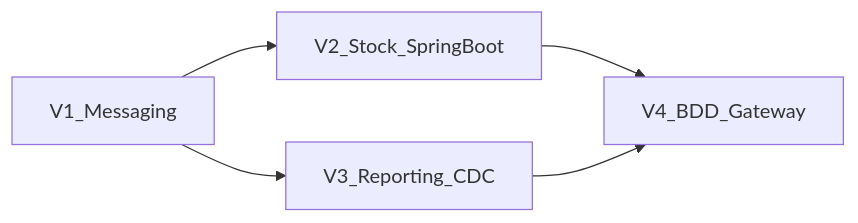
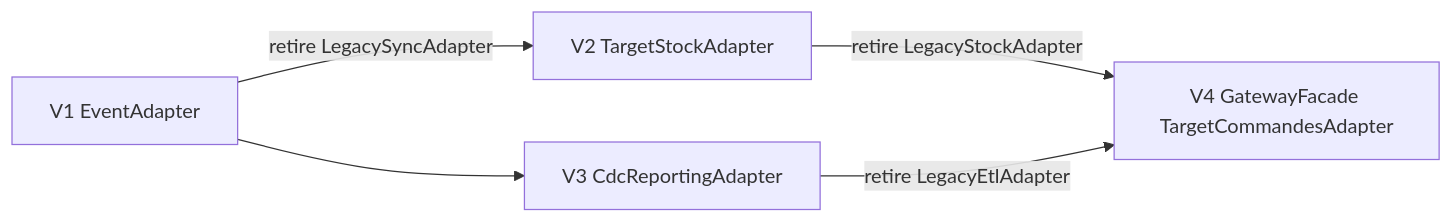
One commit to laurentcoufinal/projet11 changed the second of 2 diagrams in projet 2/livrables/13-plan-integration.md. Above: the diagram before and after it, drawn with Mermaid. The commit also changed other lines of this file and 1 other file, not shown here.

Commit message:
architecture:add decoupling layer

````diff
--- a/projet 2/livrables/13-plan-integration.md
+++ b/projet 2/livrables/13-plan-integration.md
@@ -193,12 +358,12 @@
 ```mermaid
 flowchart LR
-    V1["V1_Messaging"]
-    V2["V2_Stock_SpringBoot"]
-    V3["V3_Reporting_CDC"]
-    V4["V4_BDD_Gateway"]
+    V1["V1 EventAdapter"]
+    V2["V2 TargetStockAdapter"]
+    V3["V3 CdcReportingAdapter"]
+    V4["V4 GatewayFacade TargetCommandesAdapter"]
 
-    V1 --> V2
+    V1 -->|"retire LegacySyncAdapter"| V2
     V1 --> V3
-    V2 --> V4
-    V3 --> V4
+    V2 -->|"retire LegacyStockAdapter"| V4
+    V3 -->|"retire LegacyEtlAdapter"| V4
 ```
````
